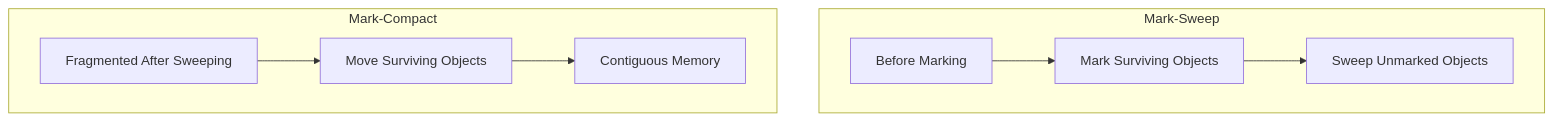
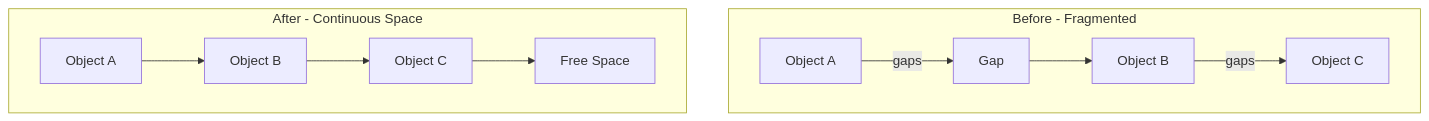
One commit to zhangshichuan/maxzhang.site changed the fourth of 4 diagrams in articles/en/nodejs-memory-leak-mastery.mdx. Above: the diagram before and after it, drawn with Mermaid. The commit also changed other lines of this file and 1 other file, not shown here.

Commit message:
docs: nodejs-memory-leak-mastery

````diff
--- a/articles/en/nodejs-memory-leak-mastery.mdx
+++ b/articles/en/nodejs-memory-leak-mastery.mdx
@@ -61,11 +200,10 @@
 ```mermaid
 flowchart TD
-    subgraph Clean ["Mark-Sweep"]
-        A[Before Marking] --> B[Mark Surviving Objects]
-        B --> C[Sweep Unmarked Objects]
+    subgraph BeforeCompact["Before - Fragmented"]
+        A1[Object A] -->|gaps| B1[Gap] --> C1[Object B] -->|gaps| D1[Object C]
     end
-    subgraph Compact ["Mark-Compact"]
-        D[Fragmented After Sweeping] --> E[Move Surviving Objects]
-        E --> F[Contiguous Memory]
+
+    subgraph AfterCompact["After - Continuous Space"]
+        A2[Object A] --> C2[Object B] --> D2[Object C] --> E2[Free Space]
     end
 ```
````
